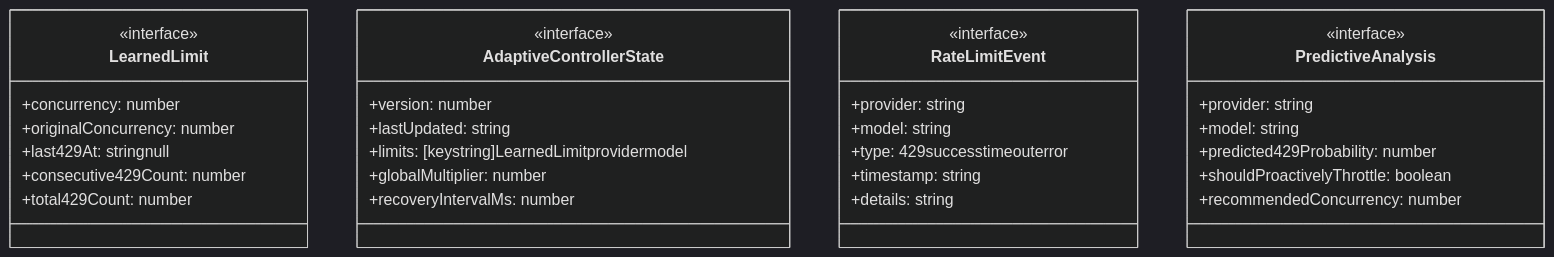
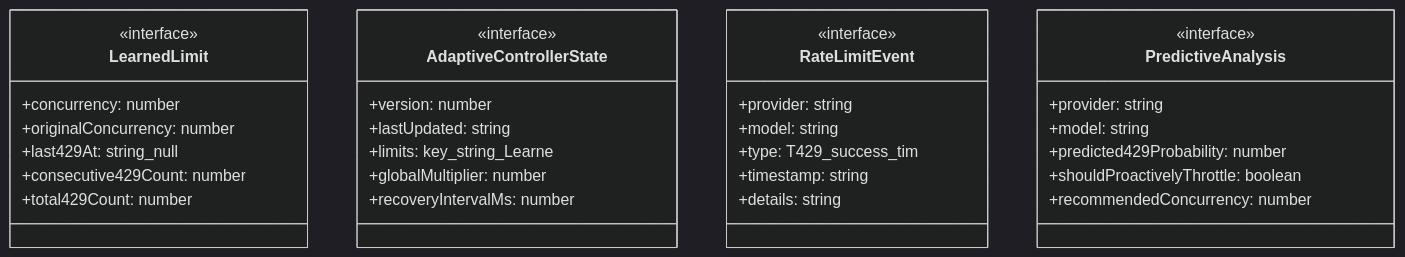
Before and after one commit to Mekann2904/mekann: the first of 3 diagrams in ABDD/.pi/lib/adaptive-rate-controller.md, drawn with Mermaid (dark theme). The commit also changed other lines of this file and 174 other files, not shown here.

First line of the commit message:
fix(docs): ABDDのMermaid図生成エラーを修正する

````diff
--- a/ABDD/.pi/lib/adaptive-rate-controller.md
+++ b/ABDD/.pi/lib/adaptive-rate-controller.md
@@ -62,35 +62,35 @@
 ```mermaid
 classDiagram
   class LearnedLimit {
     <<interface>>
     +concurrency: number
     +originalConcurrency: number
-    +last429At: stringnull
+    +last429At: string_null
     +consecutive429Count: number
     +total429Count: number
   }
   class AdaptiveControllerState {
     <<interface>>
     +version: number
     +lastUpdated: string
-    +limits: [keystring]LearnedLimitprovidermodel
+    +limits: key_string_Learne
     +globalMultiplier: number
     +recoveryIntervalMs: number
   }
   class RateLimitEvent {
     <<interface>>
     +provider: string
     +model: string
-    +type: 429successtimeouterror
+    +type: T429_success_tim
     +timestamp: string
     +details: string
   }
   class PredictiveAnalysis {
     <<interface>>
     +provider: string
     +model: string
     +predicted429Probability: number
     +shouldProactivelyThrottle: boolean
     +recommendedConcurrency: number
   }
 ```
````
